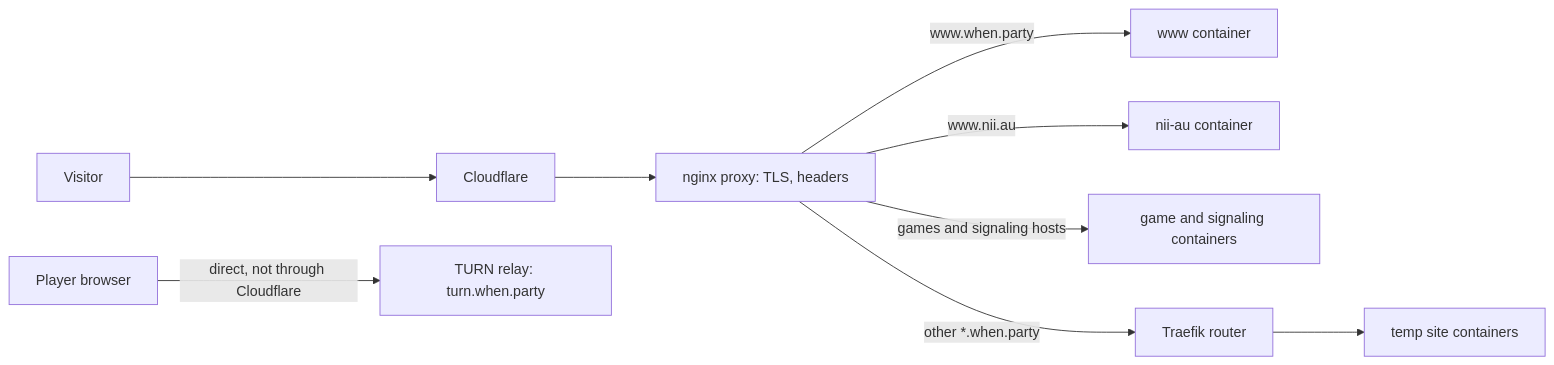
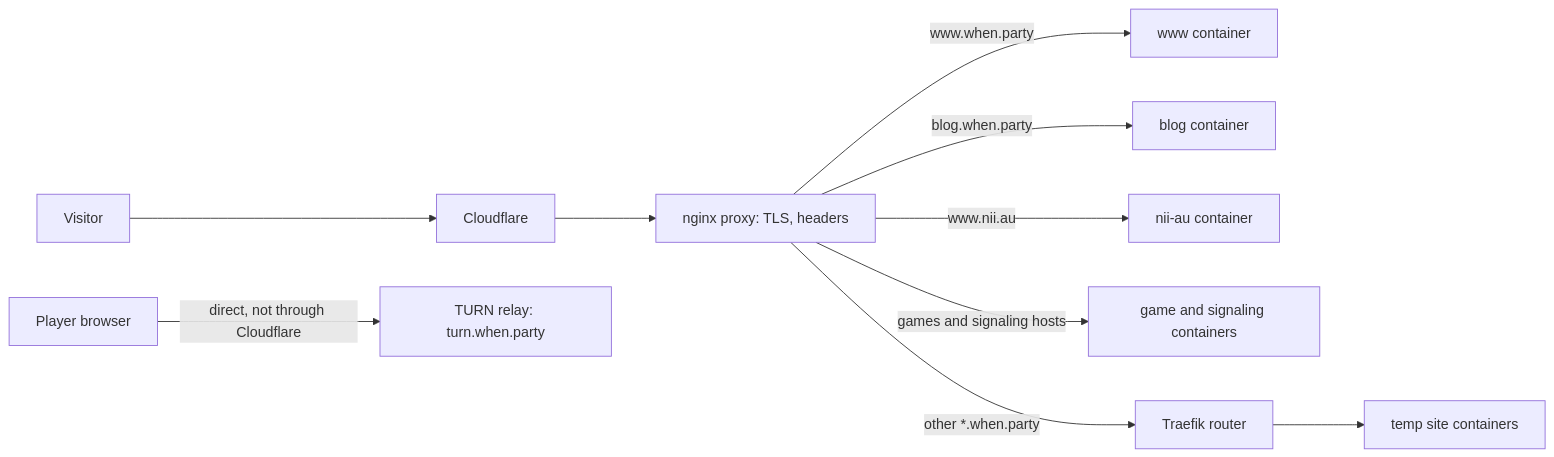
The diagram in README.md (whenparty/whenparty), drawn with Mermaid before and after one commit. The commit also changed other lines of this file and 57 other files, not shown here.

First line of the commit message:
blog: add the blog at blog.when.party

````diff
--- a/README.md
+++ b/README.md
@@ -9,11 +9,12 @@
 ```mermaid
 flowchart LR
   visitor[Visitor] --> cloudflare[Cloudflare]
   cloudflare --> nginx["nginx proxy: TLS, headers"]
   nginx -->|www.when.party| www[www container]
+  nginx -->|blog.when.party| blog[blog container]
   nginx -->|www.nii.au| niiau[nii-au container]
   nginx -->|"games and signaling hosts"| games["game and signaling containers"]
   nginx -->|"other *.when.party"| traefik[Traefik router]
   traefik --> temp[temp site containers]
   player[Player browser] -->|"direct, not through Cloudflare"| turn["TURN relay: turn.when.party"]
 ```
````
